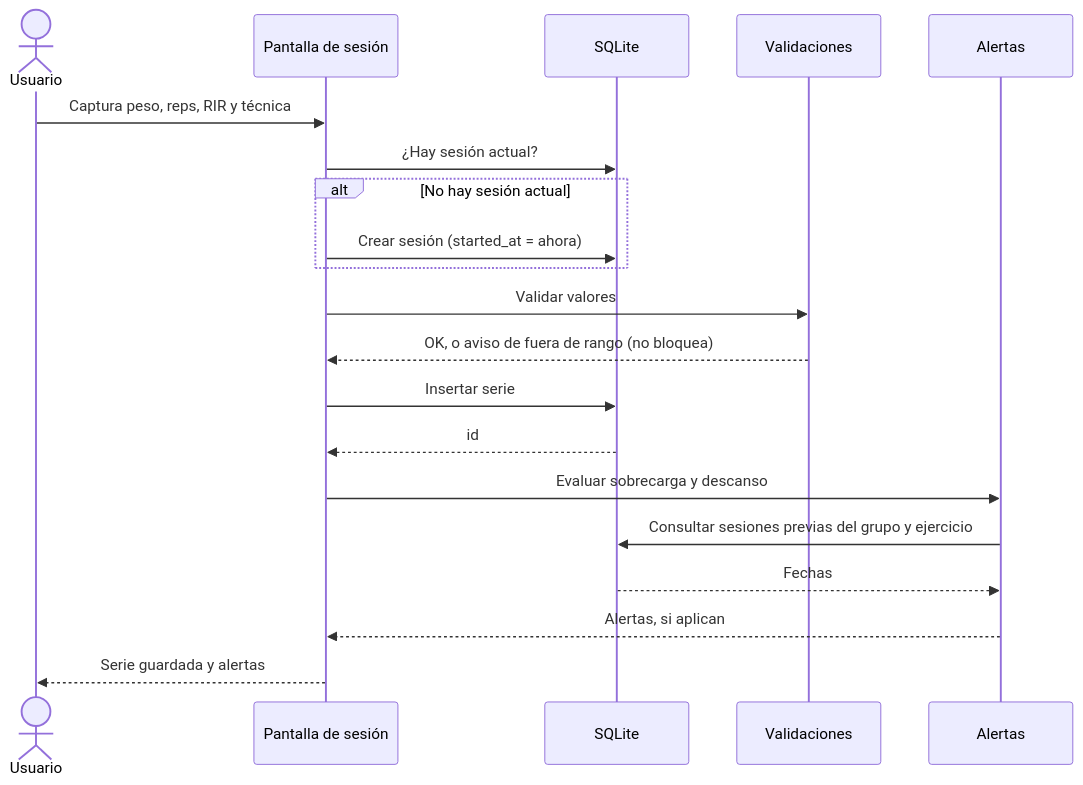
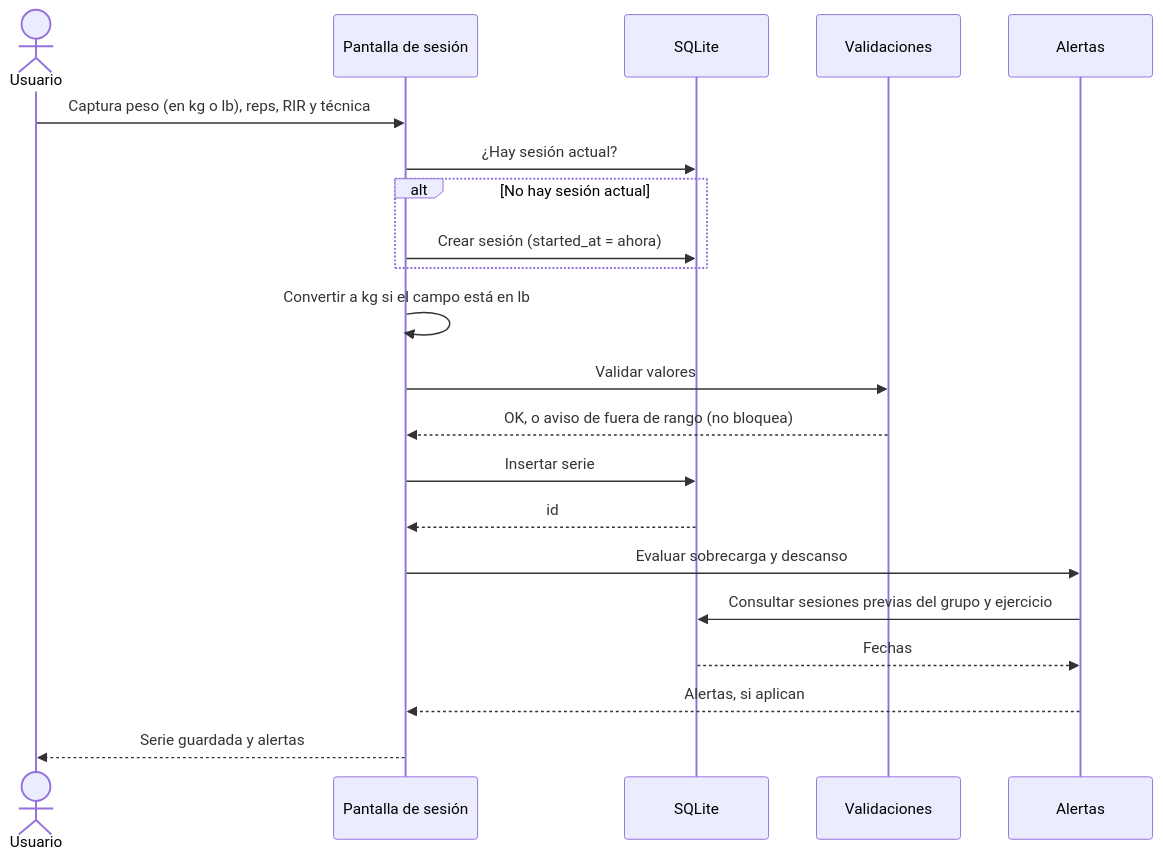
The third of 6 diagrams in docs/ARCHITECTURE.md (Anton-2012/remi-track), drawn with Mermaid before and after one commit. The commit also changed other lines of this file, not shown here.

````diff
--- a/docs/ARCHITECTURE.md
+++ b/docs/ARCHITECTURE.md
@@ -63,23 +66,24 @@
 ```mermaid
 sequenceDiagram
     actor U as Usuario
     participant UI as Pantalla de sesión
     participant DB as SQLite
     participant V as Validaciones
     participant AL as Alertas
 
-    U->>UI: Captura peso, reps, RIR y técnica
+    U->>UI: Captura peso (en kg o lb), reps, RIR y técnica
     UI->>DB: ¿Hay sesión actual?
     alt No hay sesión actual
         UI->>DB: Crear sesión (started_at = ahora)
     end
+    UI->>UI: Convertir a kg si el campo está en lb
     UI->>V: Validar valores
     V-->>UI: OK, o aviso de fuera de rango (no bloquea)
     UI->>DB: Insertar serie
     DB-->>UI: id
     UI->>AL: Evaluar sobrecarga y descanso
     AL->>DB: Consultar sesiones previas del grupo y ejercicio
     DB-->>AL: Fechas
     AL-->>UI: Alertas, si aplican
     UI-->>U: Serie guardada y alertas
 ```
````
